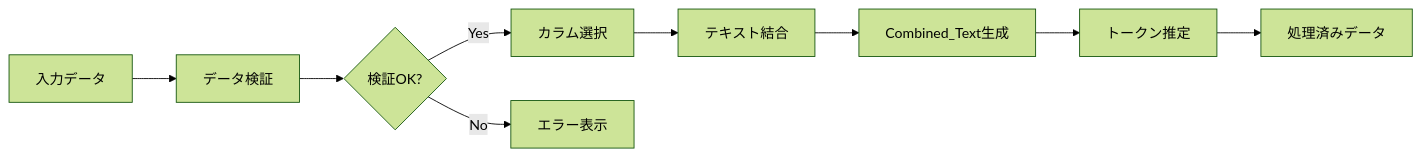
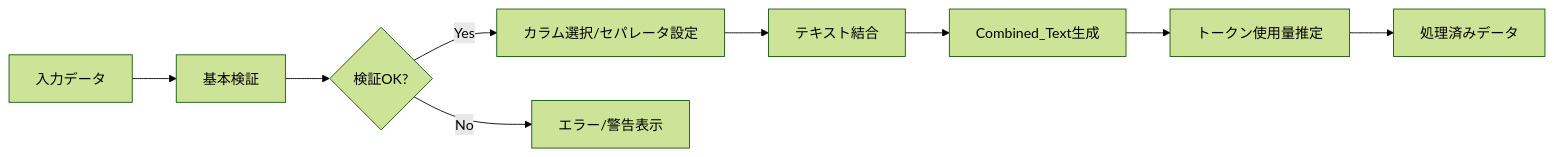
One commit to nakashima2toshio/openai_rag_jp changed the second of 2 diagrams in doc/a00_locad_set_data.md. Above: the diagram before and after it, drawn with Mermaid (forest theme). The commit also changed other lines of this file and 2 other files, not shown here.

````diff
--- a/doc/a00_locad_set_data.md
+++ b/doc/a00_locad_set_data.md
@@ -39,11 +56,11 @@
 ```mermaid
 graph LR
-    A[入力データ] --> B[データ検証]
+    A[入力データ] --> B[基本検証]
     B --> C{検証OK?}
-    C -->|Yes| D[カラム選択]
-    C -->|No| E[エラー表示]
+    C -->|Yes| D[カラム選択/セパレータ設定]
+    C -->|No| E[エラー/警告表示]
     D --> F[テキスト結合]
     F --> G[Combined_Text生成]
-    G --> H[トークン推定]
+    G --> H[トークン使用量推定]
     H --> I[処理済みデータ]
 ```
````
